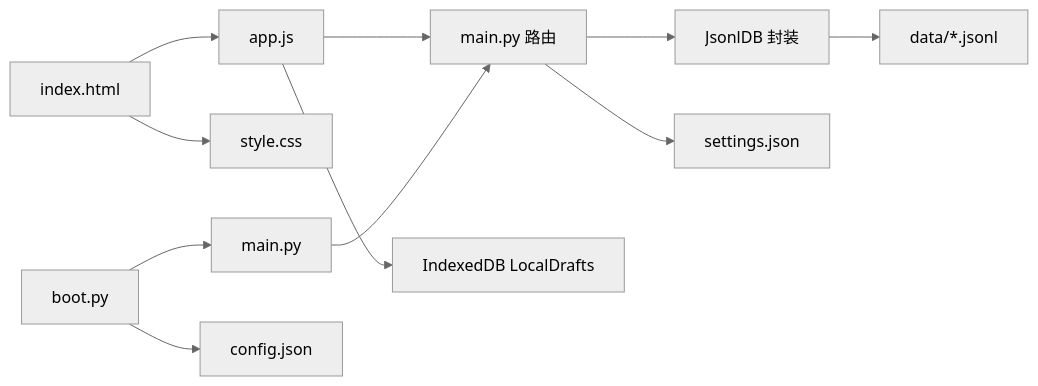
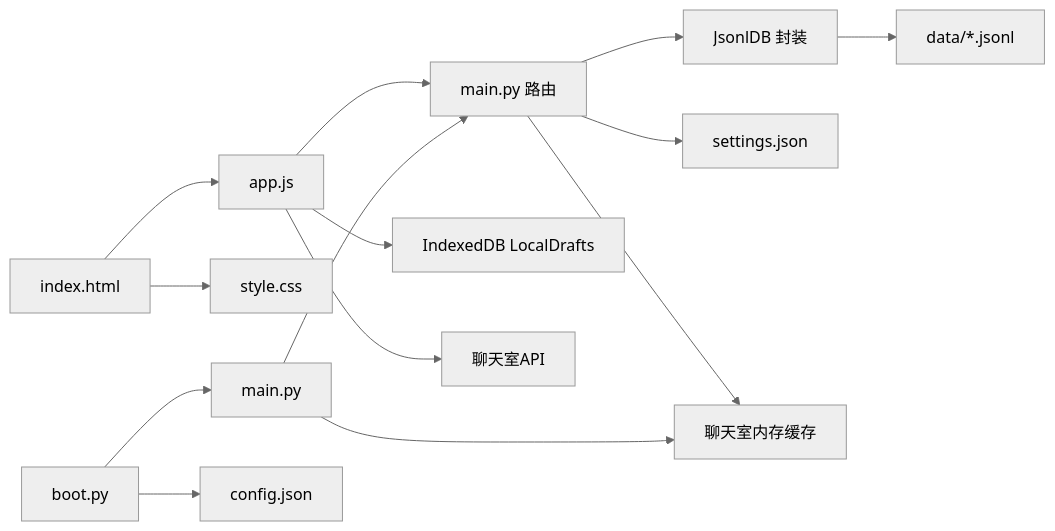
Diagram 16 of 16 in .qoder/repowiki/zh/content/Web界面/JavaScript交互逻辑/JavaScript交互逻辑.md (qq20739111/weilushishe-lishitai), drawn with Mermaid (neutral theme) before and after one commit. The commit also changed other lines of this file and 23 other files, not shown here.

````diff
--- a/.qoder/repowiki/zh/content/Web界面/JavaScript交互逻辑/JavaScript交互逻辑.md
+++ b/.qoder/repowiki/zh/content/Web界面/JavaScript交互逻辑/JavaScript交互逻辑.md
@@ -479,13 +586,16 @@
 ```mermaid
 graph LR
 HTML["index.html"] --> JS["app.js"]
 HTML --> CSS["style.css"]
 JS --> API["main.py 路由"]
 JS --> IDB["IndexedDB LocalDrafts"]
+JS --> CHAT_API["聊天室API"]
 API --> DB["JsonlDB 封装"]
 DB --> DATA["data/*.jsonl"]
 API --> SETTINGS["settings.json"]
+API --> CHAT_DB["聊天室内存缓存"]
 BOOT["boot.py"] --> MAIN["main.py"]
 BOOT --> CONFIG["config.json"]
 MAIN --> API
+MAIN --> CHAT_DB
 ```
````
